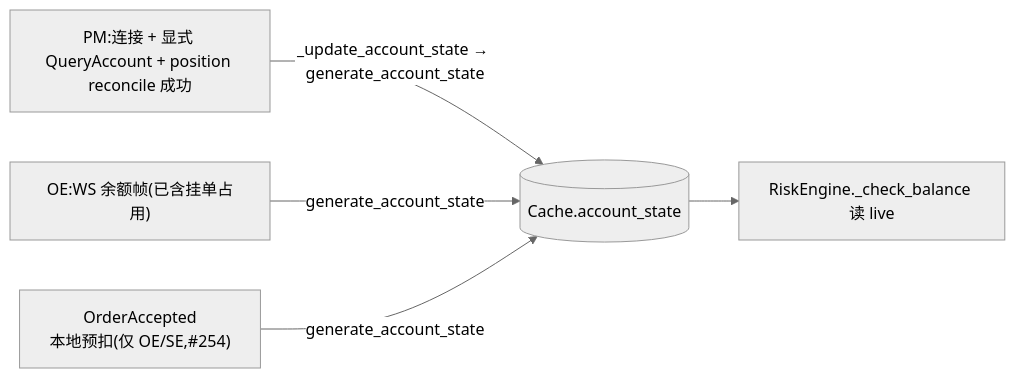
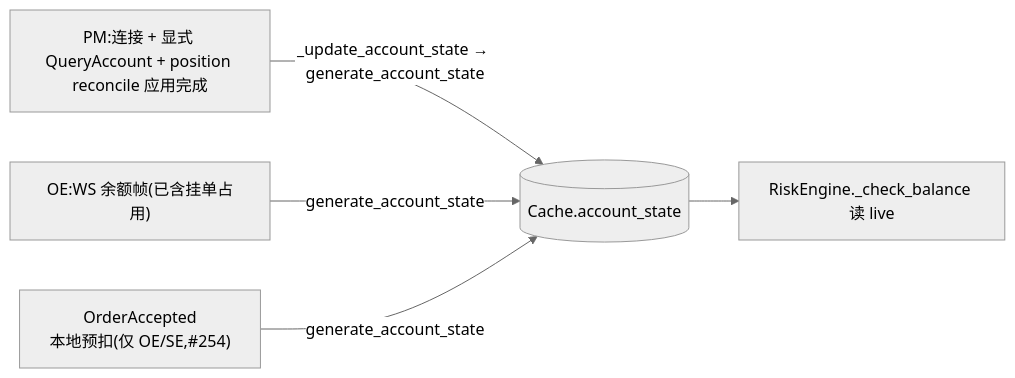
The third of 5 diagrams in docs/arbitrage/architectures/execution/architecture.md (psnewer/nautilus_trader), drawn with Mermaid (neutral theme) before and after one commit. The commit also changed other lines of this file and 12 other files, not shown here.

````diff
--- a/docs/arbitrage/architectures/execution/architecture.md
+++ b/docs/arbitrage/architectures/execution/architecture.md
@@ -58,7 +58,7 @@
 ```mermaid
 flowchart LR
-  PMev["PM:连接 + 显式 QueryAccount + position reconcile 成功"] -->|_update_account_state → generate_account_state| C[(Cache.account_state)]
+  PMev["PM:连接 + 显式 QueryAccount + position reconcile 应用完成"] -->|_update_account_state → generate_account_state| C[(Cache.account_state)]
   OEws["OE:WS 余额帧(已含挂单占用)"] -->|generate_account_state| C
   ACCEPT["OrderAccepted<br/>本地预扣(仅 OE/SE,#254)"] -->|generate_account_state| C
   C --> RISK["RiskEngine._check_balance 读 live"]
 ```
````
